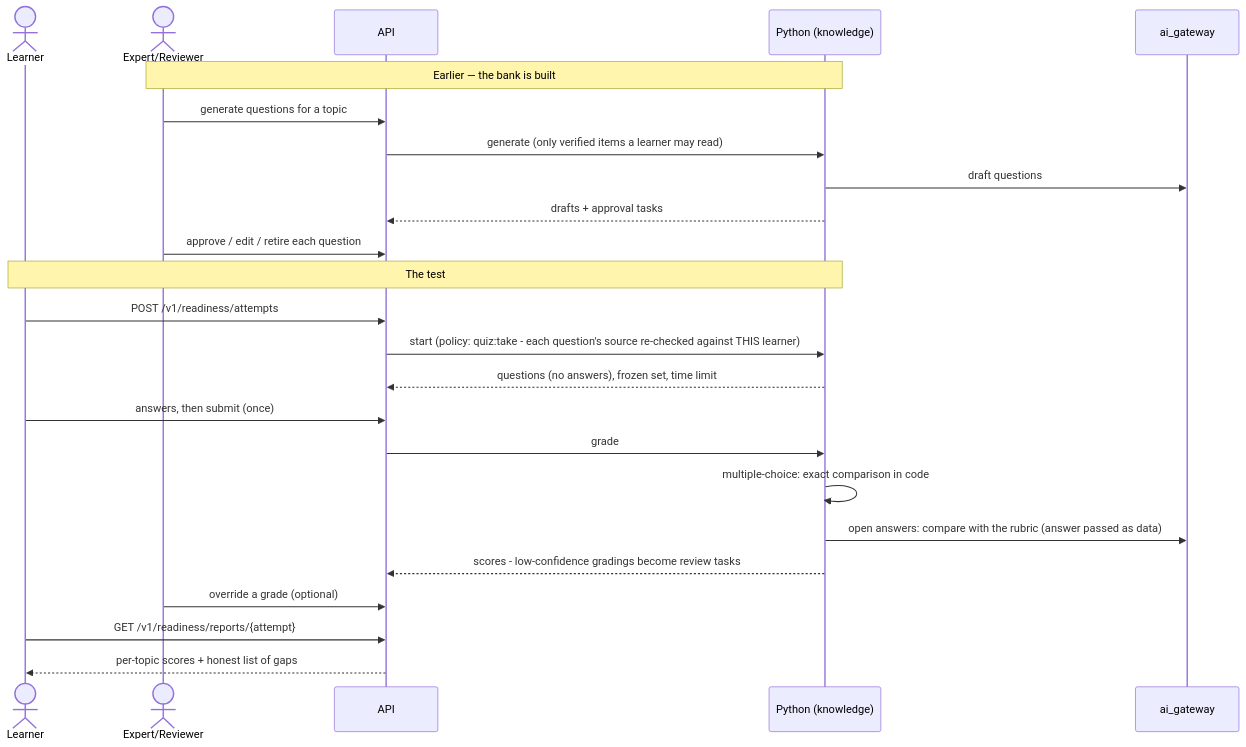
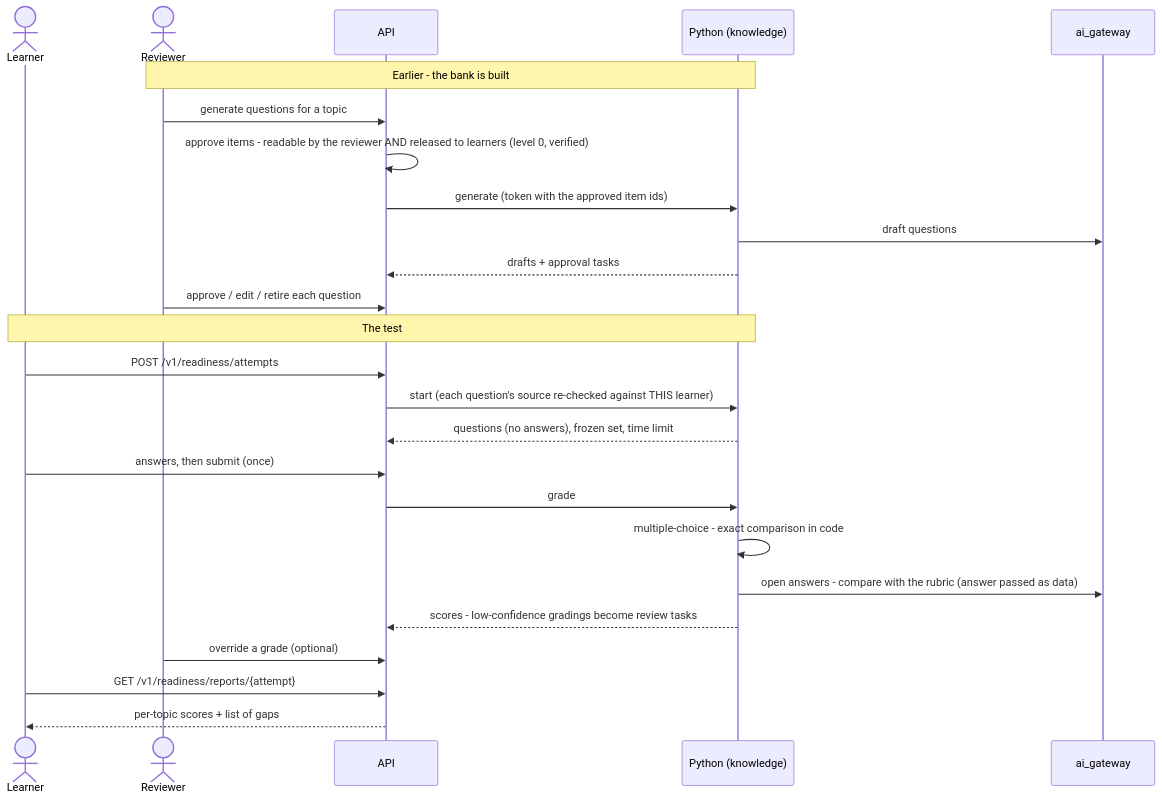
Before and after one commit to Rmasood1122/LegacyAI: the fifth of 6 diagrams in docs/phase2/01-architecture.md, drawn with Mermaid. The commit also changed other lines of this file and 11 other files, not shown here.

````diff
--- a/docs/phase2/01-architecture.md
+++ b/docs/phase2/01-architecture.md
@@ -237,26 +280,27 @@
 ```mermaid
 sequenceDiagram
     actor L as Learner
-    actor X as Expert/Reviewer
+    actor X as Reviewer
     participant API as API
     participant PY as Python (knowledge)
     participant GW as ai_gateway
-    Note over X,PY: Earlier — the bank is built
+    Note over X,PY: Earlier - the bank is built
     X->>API: generate questions for a topic
-    API->>PY: generate (only verified items a learner may read)
+    API->>API: approve items - readable by the reviewer AND released to learners (level 0, verified)
+    API->>PY: generate (token with the approved item ids)
     PY->>GW: draft questions
     PY-->>API: drafts + approval tasks
     X->>API: approve / edit / retire each question
     Note over L,PY: The test
     L->>API: POST /v1/readiness/attempts
-    API->>PY: start (policy: quiz:take - each question's source re-checked against THIS learner)
+    API->>PY: start (each question's source re-checked against THIS learner)
     PY-->>API: questions (no answers), frozen set, time limit
     L->>API: answers, then submit (once)
     API->>PY: grade
-    PY->>PY: multiple-choice: exact comparison in code
-    PY->>GW: open answers: compare with the rubric (answer passed as data)
+    PY->>PY: multiple-choice - exact comparison in code
+    PY->>GW: open answers - compare with the rubric (answer passed as data)
     PY-->>API: scores - low-confidence gradings become review tasks
     X->>API: override a grade (optional)
     L->>API: GET /v1/readiness/reports/{attempt}
-    API-->>L: per-topic scores + honest list of gaps
+    API-->>L: per-topic scores + list of gaps
 ```
````
